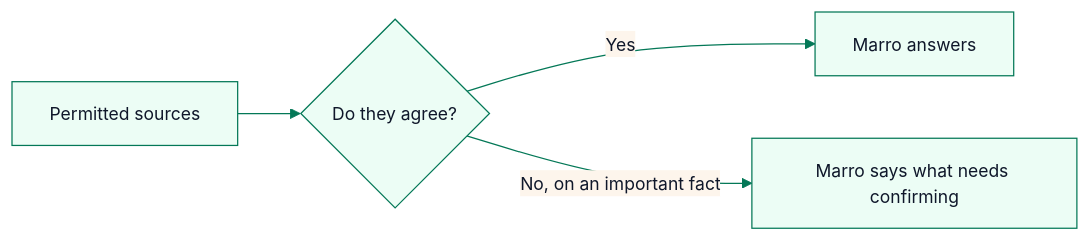
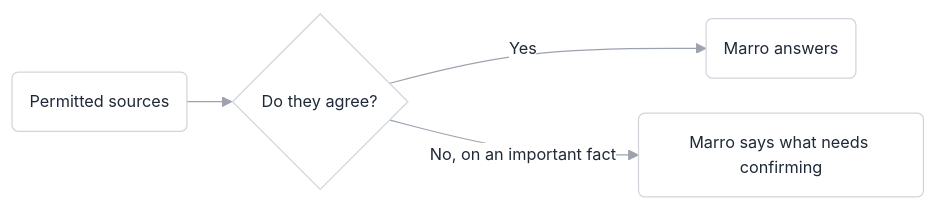
One commit to BharathVasireddy/marro-docs changed the diagram in guides/business-knowledge.mdx. Above: the diagram before and after it, drawn with Mermaid. The commit also changed other lines of this file and 95 other files, not shown here.

First line of the commit message:
One guide per settings screen, in the Settings menu's order, with diagrams only where they are needed

````diff
--- a/guides/business-knowledge.mdx
+++ b/guides/business-knowledge.mdx
@@ -114,7 +112,7 @@
 ```mermaid
-%%{init: {'theme':'base','themeVariables':{'primaryColor':'#ecfdf5','primaryBorderColor':'#047857','primaryTextColor':'#0f172a','lineColor':'#047857','fontSize':'14px'}}}%%
+%%{init: {'theme':'base','flowchart':{'curve':'basis','padding':14,'nodeSpacing':28,'rankSpacing':36},'themeVariables':{'primaryColor':'#ffffff','primaryBorderColor':'#d1d5db','primaryTextColor':'#1f2937','lineColor':'#9ca3af','fontFamily':'Inter, ui-sans-serif, sans-serif','fontSize':'13px','edgeLabelBackground':'#ffffff'}}}%%
 flowchart LR
-  A[Permitted sources] --> B{Do they agree?}
-  B -->|Yes| C[Marro answers]
-  B -->|"No, on an important fact"| D["Marro says what needs confirming"]
+  A(Permitted sources) --> B{Do they agree?}
+  B -->|Yes| C(Marro answers)
+  B -->|"No, on an important fact"| D("Marro says what needs confirming")
 ```
````
